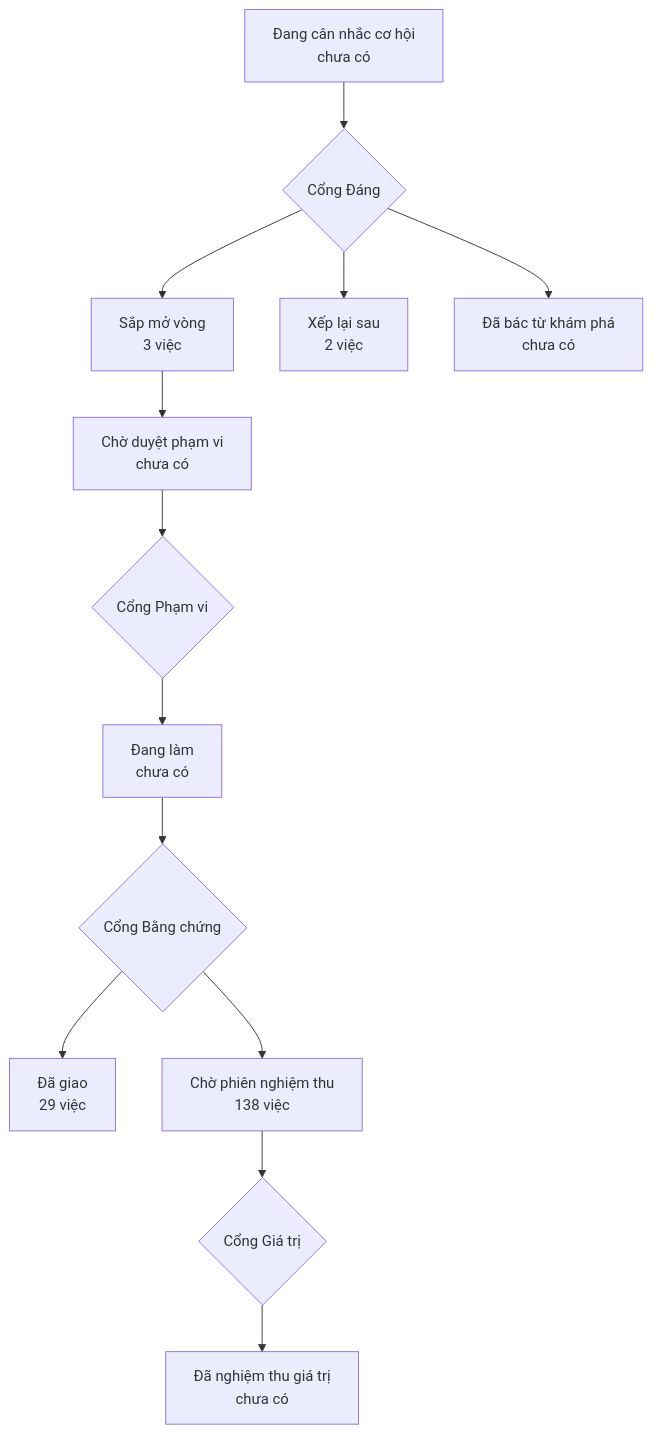
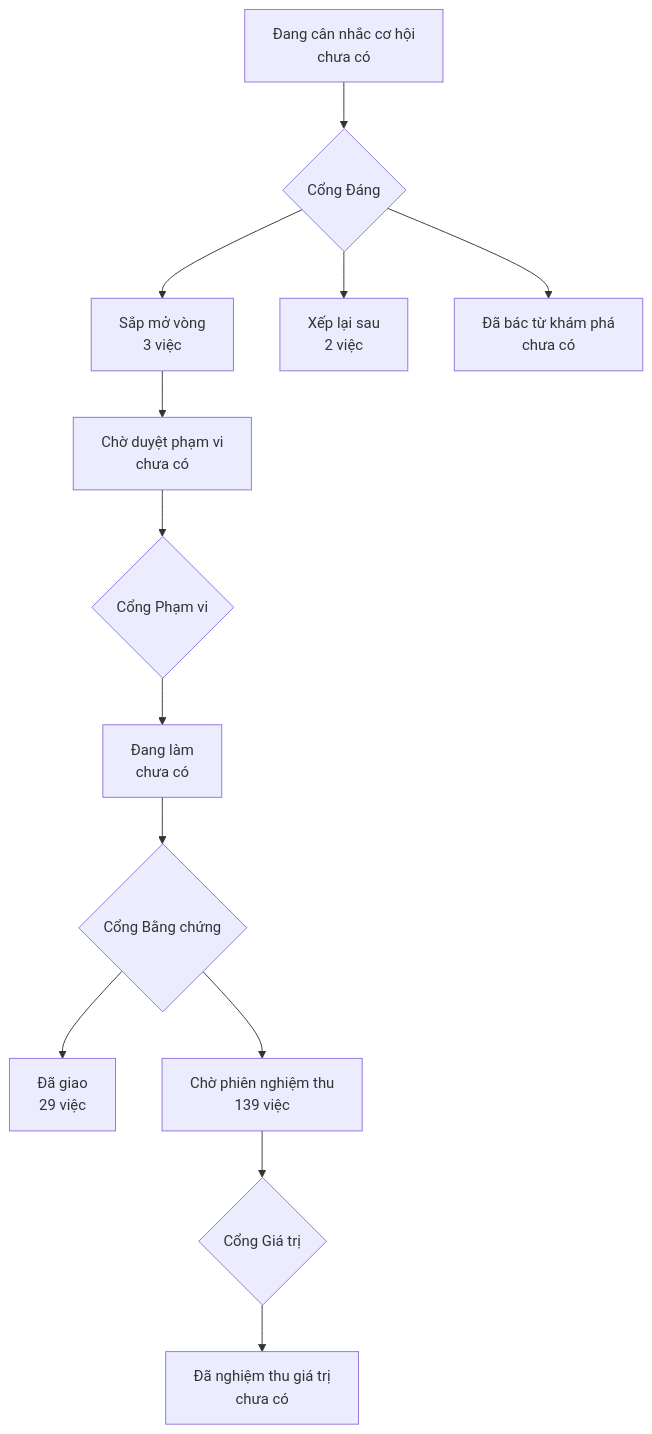
One commit to phanlemanh/onehub-quy-hang changed the diagram in PRODUCT-MAP.md. Above: the diagram before and after it, drawn with Mermaid. The commit also changed other lines of this file and 1 other file, not shown here.

Commit message:
chore: vẽ lại bản đồ sau gộp main

````diff
--- a/PRODUCT-MAP.md
+++ b/PRODUCT-MAP.md
@@ -7,12 +7,12 @@
 ```mermaid
 flowchart TD
   A["Đang cân nhắc cơ hội<br/>chưa có"] --> GD{"Cổng Đáng"}
   GD --> B["Sắp mở vòng<br/>3 việc"]
   GD --> XL["Xếp lại sau<br/>2 việc"]
   GD --> DB["Đã bác từ khám phá<br/>chưa có"]
   B --> CD["Chờ duyệt phạm vi<br/>chưa có"] --> GP{"Cổng Phạm vi"}
   GP --> DL["Đang làm<br/>chưa có"] --> GB{"Cổng Bằng chứng"}
   GB --> DG["Đã giao<br/>29 việc"]
-  GB --> CN["Chờ phiên nghiệm thu<br/>138 việc"] --> GG{"Cổng Giá trị"}
+  GB --> CN["Chờ phiên nghiệm thu<br/>139 việc"] --> GG{"Cổng Giá trị"}
   GG --> NT["Đã nghiệm thu giá trị<br/>chưa có"]
 ```
````
